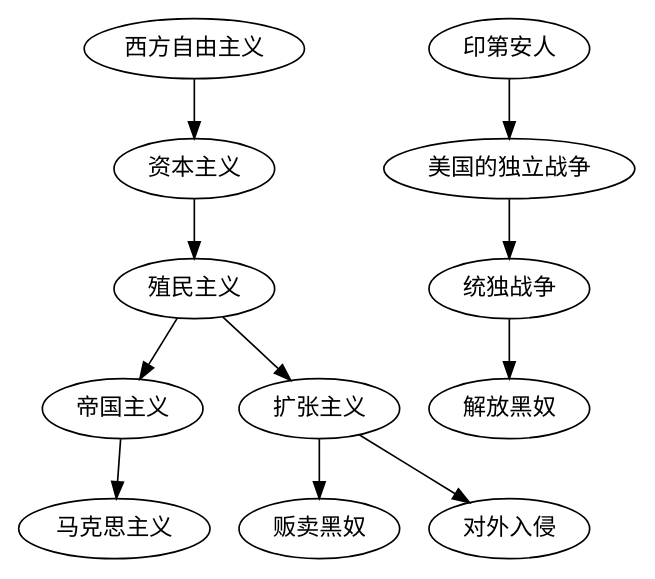
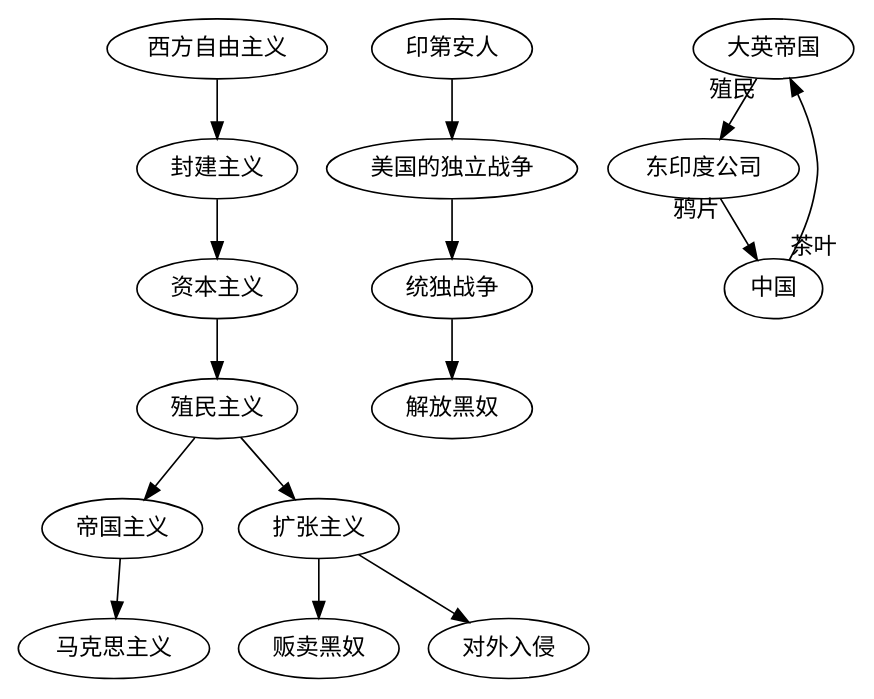
Before and after one commit to lvlv6994/graphviz: the diagram in 西方历史.dot, drawn with Graphviz. The commit also changed 3 other files, not shown here.

```diff
--- a/西方历史.dot
+++ b/西方历史.dot
@@ -1,10 +1,15 @@
 digraph{
-        西方自由主义 -> 资本主义 -> 殖民主义 -> 帝国主义 -> 马克思主义;
+        西方自由主义 -> 封建主义 -> 资本主义 -> 殖民主义 -> 帝国主义 -> 马克思主义;
 
         殖民主义 -> 扩张主义 -> {贩卖黑奴,对外入侵};
 
 
         印第安人 -> 美国的独立战争 -> 统独战争 -> 解放黑奴;
 
+
+        大英帝国 -> 东印度公司[taillabel="殖民"];
+        东印度公司 -> 中国[taillabel="鸦片"];
+        中国-> 大英帝国[taillabel="茶叶"];
+
         
 }
```
